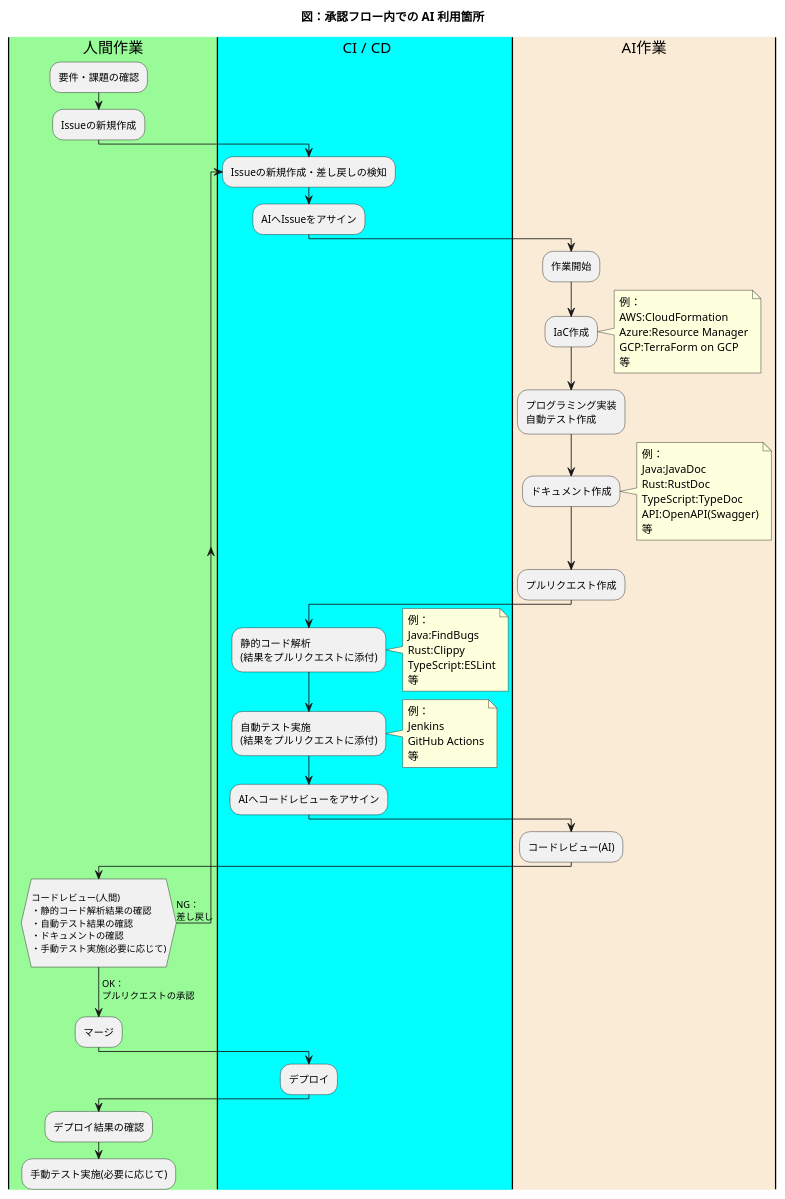
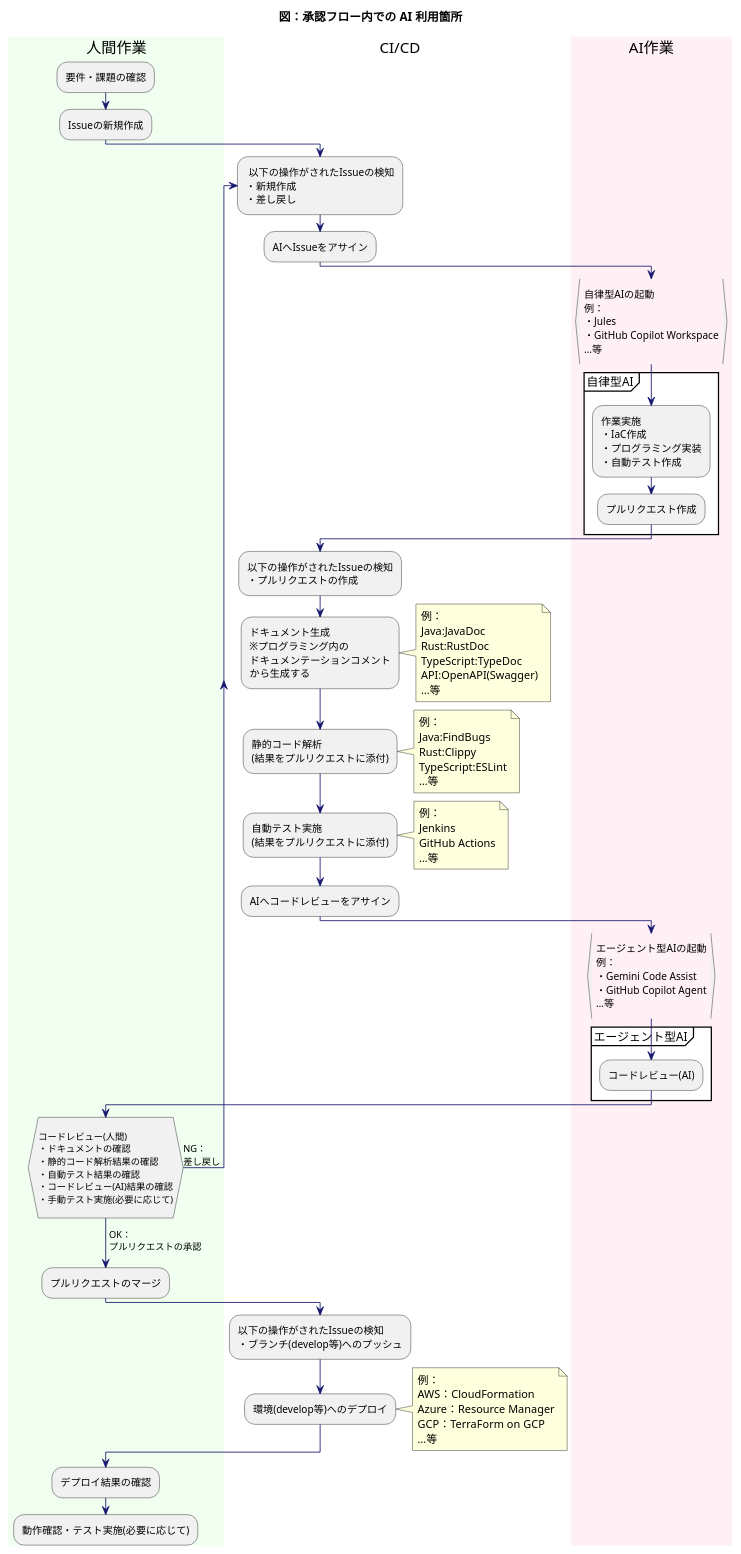
Before and after one commit to nishidemasami/nishidemasami.github.io-contactform: the diagram in docs/ai_development.md, drawn with PlantUML. The commit also changed 2 other files, not shown here.

Commit message:
feat: update AI development documentation and enhance website styles

````diff
--- a/docs/ai_development.md
+++ b/docs/ai_development.md
@@ -13,44 +13,63 @@
 ```plantuml
+
 @startuml
 skinparam backgroundColor transparent
-''skinparam defaultFontname Meiryo
+skinparam defaultFontname Helvetica
 skinparam componentStyle rectangle
+skinparam ArrowColor midnightblue
+skinparam swimlaneBorderColor White
+skinparam swimlaneBorderThickness 0
+skinparam ArrowThickness 1
 
 title 図：承認フロー内での AI 利用箇所
 
-|#palegreen|人間作業|
+|#Honeydew|人間作業|
+|#White|CICD| CI/CD
+|#Lavenderblush|AI作業|
 
+|人間作業|
 :要件・課題の確認;
 :Issueの新規作成;
 
-|#aqua|CICD| CI / CD
-repeat :Issueの新規作成・差し戻しの検知;
+|CICD|
+repeat : 以下の操作がされたIssueの検知\n・新規作成\n・差し戻し;
 :AIへIssueをアサイン;
 
-|#AntiqueWhite|AI作業|
-:作業開始;
-:IaC作成;
-note right: 例：\nAWS:CloudFormation\nAzure:Resource Manager\nGCP:TerraForm on GCP\n等
-:プログラミング実装\n自動テスト作成;
-:ドキュメント作成;
-note right: 例：\nJava:JavaDoc\nRust:RustDoc\nTypeScript:TypeDoc\nAPI:OpenAPI(Swagger)\n等
-:プルリクエスト作成;
+|AI作業|
+:自律型AIの起動\n例：\n・Jules\n・GitHub Copilot Workspace\n…等; <<continuous>>
+partition #white 自律型AI{
+  :作業実施\n・IaC作成\n・プログラミング実装\n・自動テスト作成;
+  :プルリクエスト作成;
+}
 |CICD|
+:以下の操作がされたIssueの検知\n・プルリクエストの作成;
+
+:ドキュメント生成\n※プログラミング内の\nドキュメンテーションコメント\nから生成する;
+note right: 例：\nJava:JavaDoc\nRust:RustDoc\nTypeScript:TypeDoc\nAPI:OpenAPI(Swagger)\n…等
 :静的コード解析\n(結果をプルリクエストに添付);
-note right: 例：\nJava:FindBugs\nRust:Clippy\nTypeScript:ESLint\n等
+note right: 例：\nJava:FindBugs\nRust:Clippy\nTypeScript:ESLint\n…等
 :自動テスト実施\n(結果をプルリクエストに添付);
-note right: 例：\nJenkins\nGitHub Actions\n等
+note right: 例：\nJenkins\nGitHub Actions\n…等
 :AIへコードレビューをアサイン;
 |AI作業|
-:コードレビュー(AI);
+:エージェント型AIの起動\n例：\n・Gemini Code Assist\n・GitHub Copilot Agent\n…等; <<continuous>>
+
+partition #white エージェント型AI{
+  :コードレビュー(AI);
+}
 |人間作業|
-repeatwhile (\nコードレビュー(人間)\n・静的コード解析結果の確認\n・自動テスト結果の確認\n・ドキュメントの確認\n・手動テスト実施(必要に応じて)\n) is (NG：\n差し戻し)
+repeatwhile (\nコードレビュー(人間)\n・ドキュメントの確認\n・静的コード解析結果の確認\n・自動テスト結果の確認\n・コードレビュー(AI)結果の確認\n・手動テスト実施(必要に応じて)\n) is (NG：\n差し戻し)
 -> OK：\nプルリクエストの承認;
-:マージ;
+:プルリクエストのマージ;
 |CICD|
-:デプロイ;
+:以下の操作がされたIssueの検知\n・ブランチ(develop等)へのプッシュ;
+:環境(develop等)へのデプロイ;
+note right: 例：\nAWS：CloudFormation\nAzure：Resource Manager\nGCP：TerraForm on GCP\n…等
+
 |人間作業|
 :デプロイ結果の確認;
-:手動テスト実施(必要に応じて);
+:動作確認・テスト実施(必要に応じて);
+detach
 @enduml
+
 ```
````
